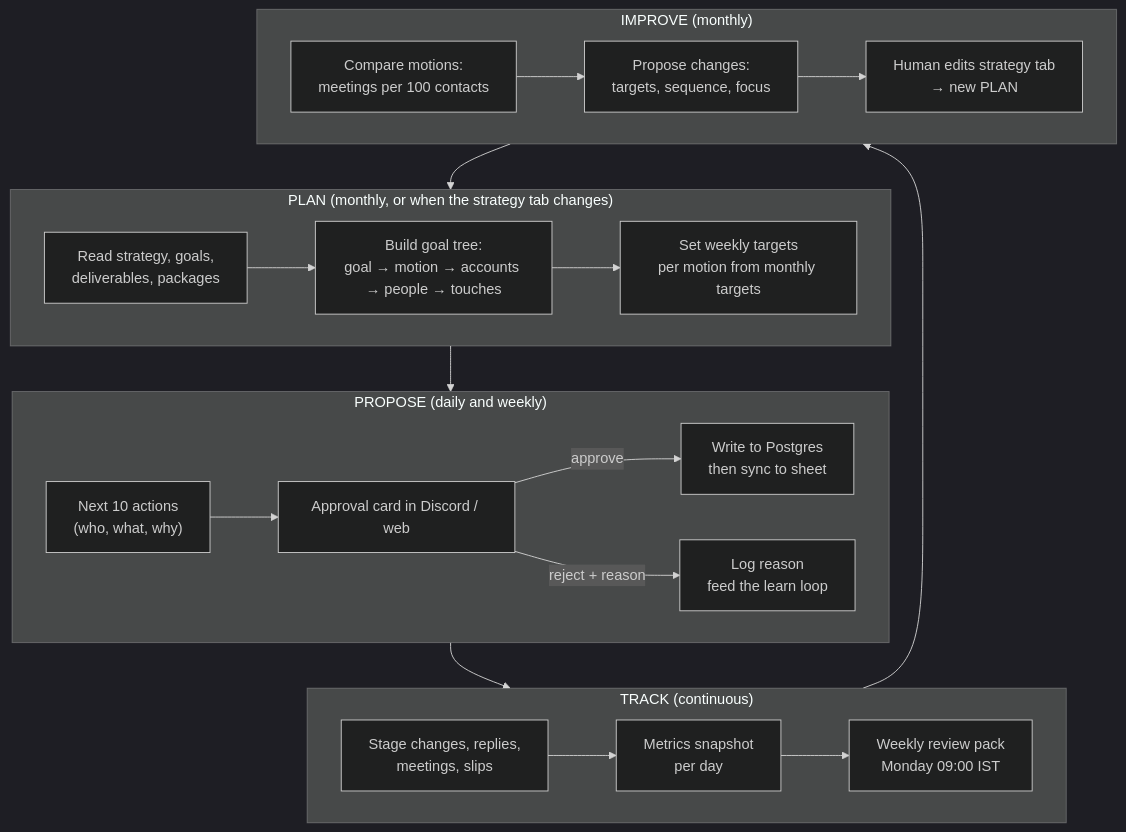
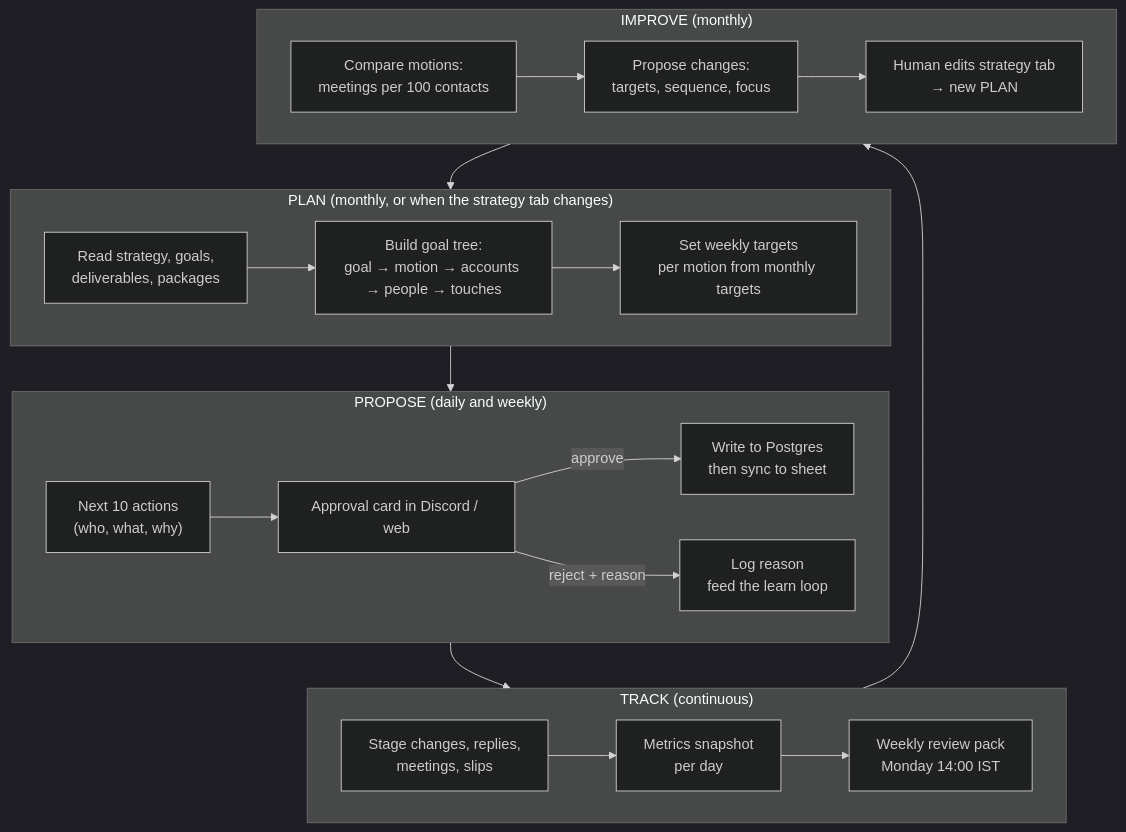
The third of 4 diagrams in docs/06-gtm-brain.md (Trishi7/Saley), drawn with Mermaid (dark theme) before and after one commit. The commit also changed other lines of this file and 408 other files, not shown here.

````diff
--- a/docs/06-gtm-brain.md
+++ b/docs/06-gtm-brain.md
@@ -173,21 +173,21 @@
 ```mermaid
 flowchart TB
   subgraph PLAN["PLAN (monthly, or when the strategy tab changes)"]
     P1["Read strategy, goals,<br/>deliverables, packages"] --> P2["Build goal tree:<br/>goal → motion → accounts → people → touches"]
     P2 --> P3["Set weekly targets<br/>per motion from monthly targets"]
   end
   subgraph PROPOSE["PROPOSE (daily and weekly)"]
     Q1["Next 10 actions<br/>(who, what, why)"] --> Q2["Approval card in Discord / web"]
     Q2 -->|approve| Q3["Write to Postgres<br/>then sync to sheet"]
     Q2 -->|reject + reason| Q4["Log reason<br/>feed the learn loop"]
   end
   subgraph TRACK["TRACK (continuous)"]
     T1["Stage changes, replies,<br/>meetings, slips"] --> T2["Metrics snapshot<br/>per day"]
-    T2 --> T3["Weekly review pack<br/>Monday 09:00 IST"]
+    T2 --> T3["Weekly review pack<br/>Monday 14:00 IST"]
   end
   subgraph IMPROVE["IMPROVE (monthly)"]
     M1["Compare motions:<br/>meetings per 100 contacts"] --> M2["Propose changes:<br/>targets, sequence, focus"]
     M2 --> M3["Human edits strategy tab<br/>→ new PLAN"]
   end
   PLAN --> PROPOSE --> TRACK --> IMPROVE --> PLAN
 ```
````
